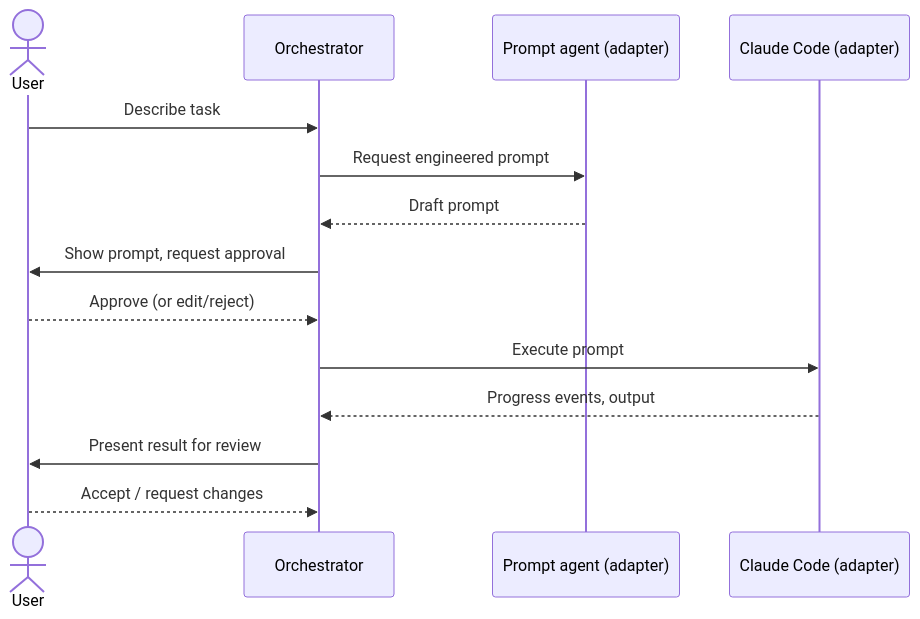
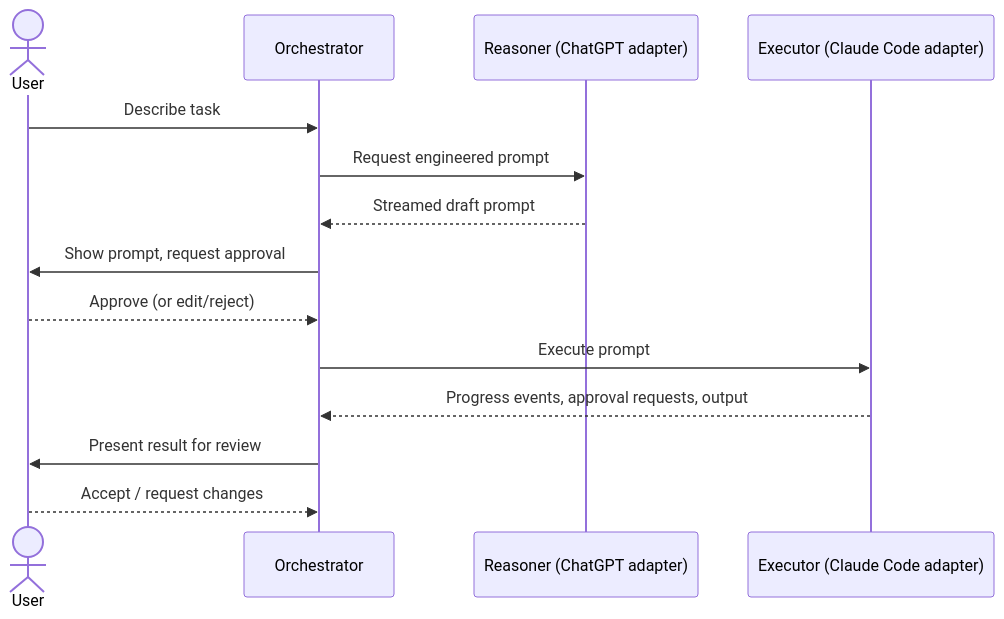
The second of 3 diagrams in docs/architecture.md (techsmarttpk/mushoku-guild), drawn with Mermaid before and after one commit. The commit also changed other lines of this file and 4 other files, not shown here.

````diff
--- a/docs/architecture.md
+++ b/docs/architecture.md
@@ -82,16 +84,16 @@
 ```mermaid
 sequenceDiagram
     actor U as User
     participant O as Orchestrator
-    participant P as Prompt agent (adapter)
-    participant C as Claude Code (adapter)
+    participant P as Reasoner (ChatGPT adapter)
+    participant C as Executor (Claude Code adapter)
     U->>O: Describe task
     O->>P: Request engineered prompt
-    P-->>O: Draft prompt
+    P-->>O: Streamed draft prompt
     O->>U: Show prompt, request approval
     U-->>O: Approve (or edit/reject)
     O->>C: Execute prompt
-    C-->>O: Progress events, output
+    C-->>O: Progress events, approval requests, output
     O->>U: Present result for review
     U-->>O: Accept / request changes
 ```
````
